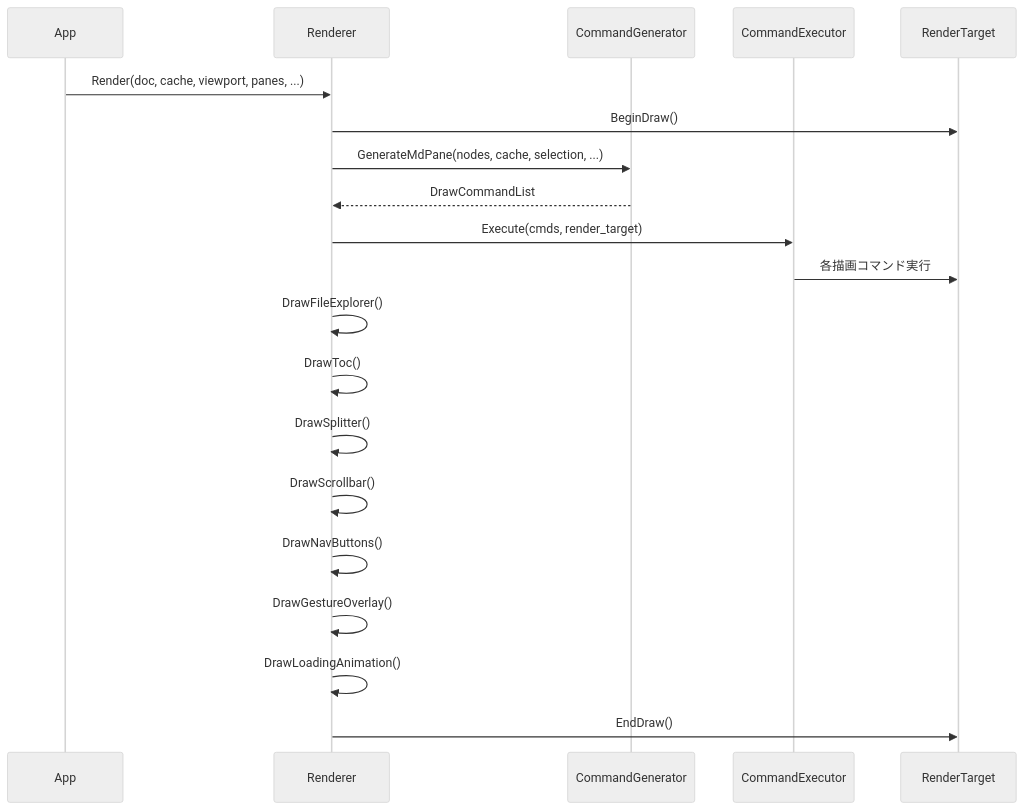
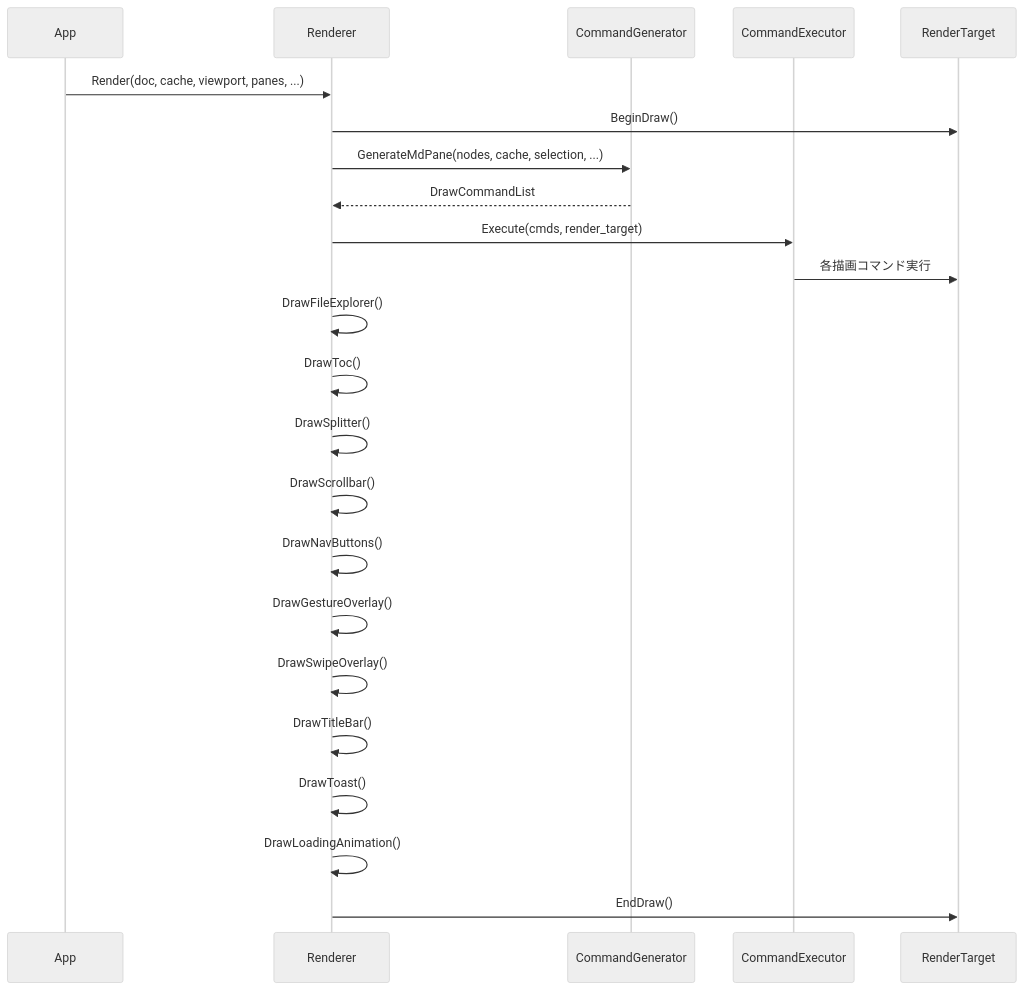
Before and after one commit to tanaton/mendo: diagram 19 of 27 in test.md, drawn with Mermaid (neutral theme). The commit also changed other lines of this file, not shown here.

````diff
--- a/test.md
+++ b/test.md
@@ -1358,23 +1566,26 @@
 ```mermaid
 sequenceDiagram
     participant APP as App
     participant R as Renderer
     participant CG as CommandGenerator
     participant CE as CommandExecutor
     participant RT as RenderTarget
 
     APP->>R: Render(doc, cache, viewport, panes, ...)
     R->>RT: BeginDraw()
     R->>CG: GenerateMdPane(nodes, cache, selection, ...)
     CG-->>R: DrawCommandList
     R->>CE: Execute(cmds, render_target)
     CE->>RT: 各描画コマンド実行
     R->>R: DrawFileExplorer()
     R->>R: DrawToc()
     R->>R: DrawSplitter()
     R->>R: DrawScrollbar()
     R->>R: DrawNavButtons()
     R->>R: DrawGestureOverlay()
+    R->>R: DrawSwipeOverlay()
+    R->>R: DrawTitleBar()
+    R->>R: DrawToast()
     R->>R: DrawLoadingAnimation()
     R->>RT: EndDraw()
 ```
````
